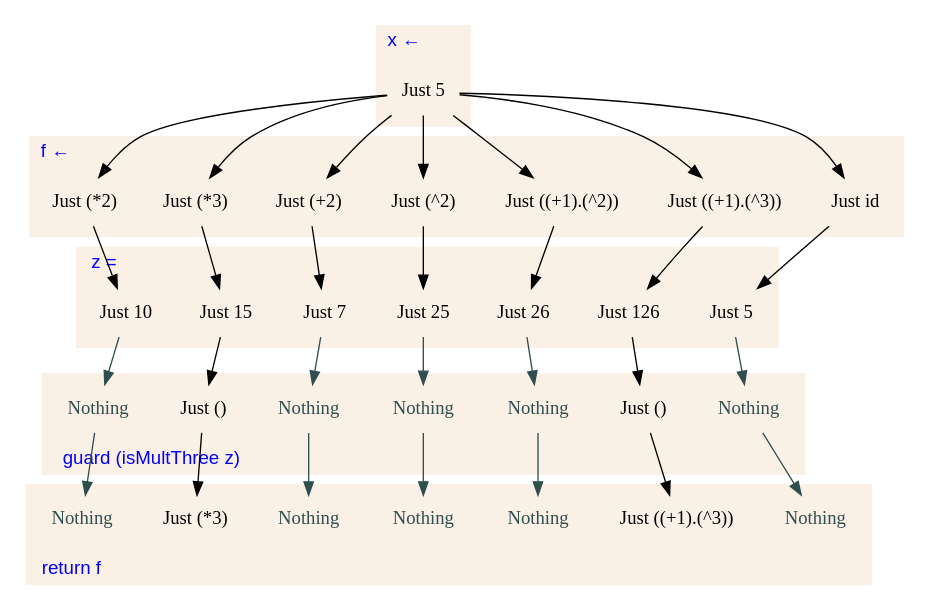
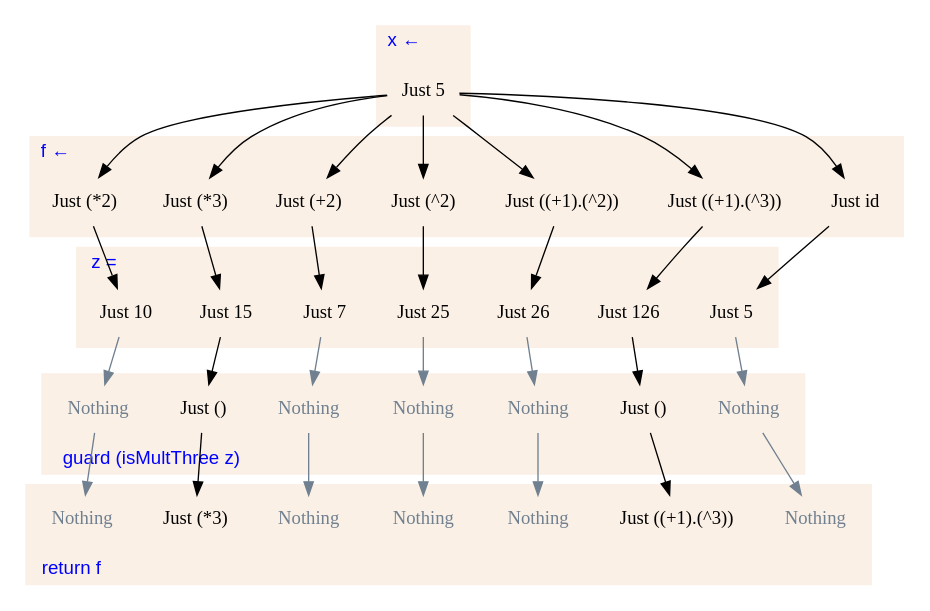
One commit to mstksg/inCode changed the diagram in work/monad-plus/testnumber.dot. Above: the diagram before and after it, drawn with Graphviz. The commit also changed 5 other files, not shown here.

Commit message:
diagrams

```diff
--- a/work/monad-plus/testnumber.dot
+++ b/work/monad-plus/testnumber.dot
@@ -1,107 +1,107 @@
 digraph {
 
     node [shape=none, color=white, fontname="palatino"] ;
     graph [fontname="helvetica"] ;
 
     labeljust="l";
     constraint=false;
 
     subgraph cluster0 {
         label="x ←" ;
         fontcolor=blue;
         style=filled ;
         color=linen ;
         x  [label="Just 5"] ;
     }
 
     subgraph cluster1 {
         label="f ←" ;
         fontcolor=blue;
         style=filled ;
         color=linen ;
         y7 [label="Just id"] ;
         y6 [label="Just ((+1).(^3))"] ;
         y5 [label="Just ((+1).(^2))"] ;
         y4 [label="Just (^2)"] ;
         y3 [label="Just (+2)"] ;
         y2 [label="Just (*3)"] ;
         y1 [label="Just (*2)"] ;
     }
 
     subgraph cluster2 {
         label="z =" ;
         fontcolor=blue;
         style=filled;
         color=linen;
         z7 [label="Just 5"] ;
         z6 [label="Just 126"] ;
         z5 [label="Just 26"] ;
         z4 [label="Just 25"] ;
         z3 [label="Just 7"] ;
         z2 [label="Just 15"] ;
         z1 [label="Just 10"] ;
     }
 
     subgraph cluster3 {
         label="guard (isMultThree z)" ;
         labelloc=b;
         fontcolor=blue;
         style=filled;
         color=linen;
-        g7 [label="Nothing",fontcolor=darkslategray] ;
+        g7 [label="Nothing",fontcolor=slategray] ;
         g6 [label="Just ()"] ;
-        g5 [label="Nothing",fontcolor=darkslategray] ;
-        g4 [label="Nothing",fontcolor=darkslategray] ;
-        g3 [label="Nothing",fontcolor=darkslategray] ;
+        g5 [label="Nothing",fontcolor=slategray] ;
+        g4 [label="Nothing",fontcolor=slategray] ;
+        g3 [label="Nothing",fontcolor=slategray] ;
         g2 [label="Just ()"] ;
-        g1 [label="Nothing",fontcolor=darkslategray] ;
+        g1 [label="Nothing",fontcolor=slategray] ;
     }
 
     subgraph cluster4 {
         label="return f" ;
         labelloc=b;
         fontcolor=blue;
         style=filled;
         color=linen;
-        r7 [label="Nothing",fontcolor=darkslategray] ;
+        r7 [label="Nothing",fontcolor=slategray] ;
         r6 [label="Just ((+1).(^3))"] ;
-        r5 [label="Nothing",fontcolor=darkslategray] ;
-        r4 [label="Nothing",fontcolor=darkslategray] ;
-        r3 [label="Nothing",fontcolor=darkslategray] ;
+        r5 [label="Nothing",fontcolor=slategray] ;
+        r4 [label="Nothing",fontcolor=slategray] ;
+        r3 [label="Nothing",fontcolor=slategray] ;
         r2 [label="Just (*3)"] ;
-        r1 [label="Nothing",fontcolor=darkslategray] ;
+        r1 [label="Nothing",fontcolor=slategray] ;
     }
 
     x  -> y1 ;
     x  -> y2 ;
     x  -> y3 ;
     x  -> y4 ;
     x  -> y5 ;
     x  -> y6 ;
     x  -> y7 ;
 
     y1 -> z1 ;
     y2 -> z2 ;
     y3 -> z3 ;
     y4 -> z4 ;
     y5 -> z5 ;
     y6 -> z6 ;
     y7 -> z7 ;
 
-    z1 -> g1 [color=darkslategray];
+    z1 -> g1 [color=slategray];
     z2 -> g2 ;
-    z3 -> g3 [color=darkslategray];
-    z4 -> g4 [color=darkslategray];
-    z5 -> g5 [color=darkslategray];
+    z3 -> g3 [color=slategray];
+    z4 -> g4 [color=slategray];
+    z5 -> g5 [color=slategray];
     z6 -> g6 ;
-    z7 -> g7 [color=darkslategray];
+    z7 -> g7 [color=slategray];
 
-    g1 -> r1 [color=darkslategray];
+    g1 -> r1 [color=slategray];
     g2 -> r2 ;
-    g3 -> r3 [color=darkslategray];
-    g4 -> r4 [color=darkslategray];
-    g5 -> r5 [color=darkslategray];
+    g3 -> r3 [color=slategray];
+    g4 -> r4 [color=slategray];
+    g5 -> r5 [color=slategray];
     g6 -> r6 ;
-    g7 -> r7 [color=darkslategray];
+    g7 -> r7 [color=slategray];
 
 }
```
